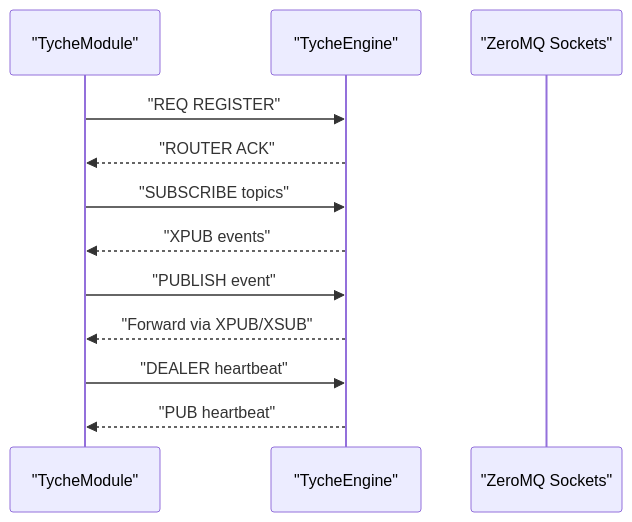
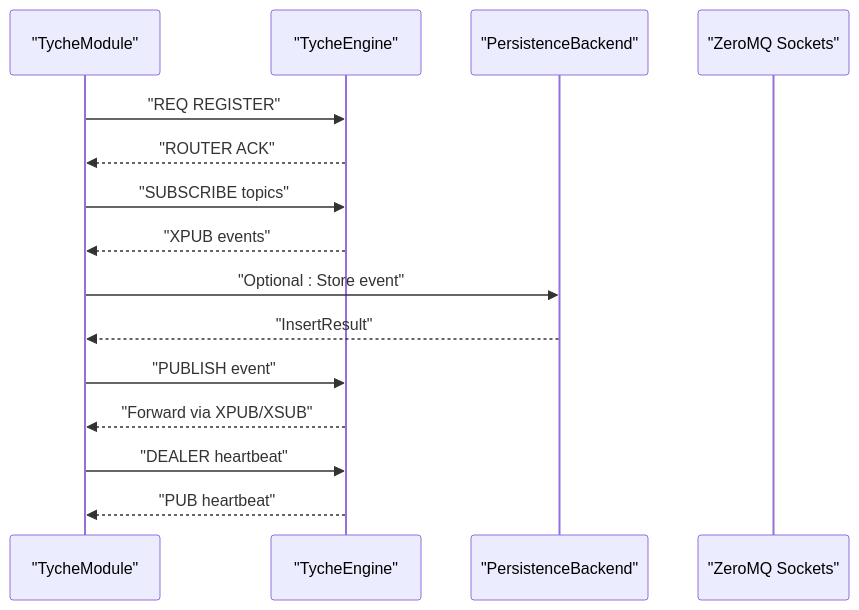
The second of 15 diagrams in .qoder/repowiki/en/content/Message System.md (zt281/TycheEngine), drawn with Mermaid before and after one commit. The commit also changed other lines of this file and 11 other files, not shown here.

````diff
--- a/.qoder/repowiki/en/content/Message System.md
+++ b/.qoder/repowiki/en/content/Message System.md
@@ -121,14 +182,17 @@
 ```mermaid
 sequenceDiagram
 participant Mod as "TycheModule"
 participant Eng as "TycheEngine"
+participant Pers as "PersistenceBackend"
 participant ZMQ as "ZeroMQ Sockets"
 Mod->>Eng : "REQ REGISTER"
 Eng-->>Mod : "ROUTER ACK"
 Mod->>Eng : "SUBSCRIBE topics"
 Eng-->>Mod : "XPUB events"
+Mod->>Pers : "Optional : Store event"
+Pers-->>Mod : "InsertResult"
 Mod->>Eng : "PUBLISH event"
 Eng-->>Mod : "Forward via XPUB/XSUB"
 Mod->>Eng : "DEALER heartbeat"
 Eng-->>Mod : "PUB heartbeat"
 ```
````
